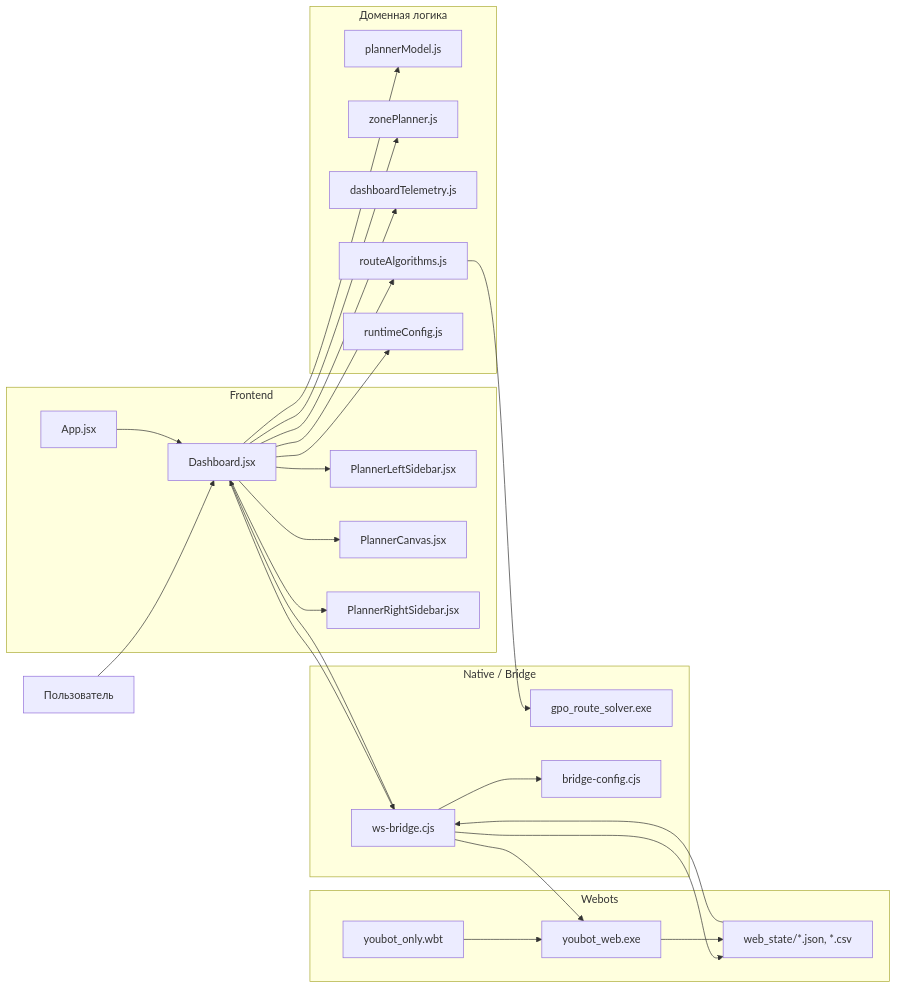
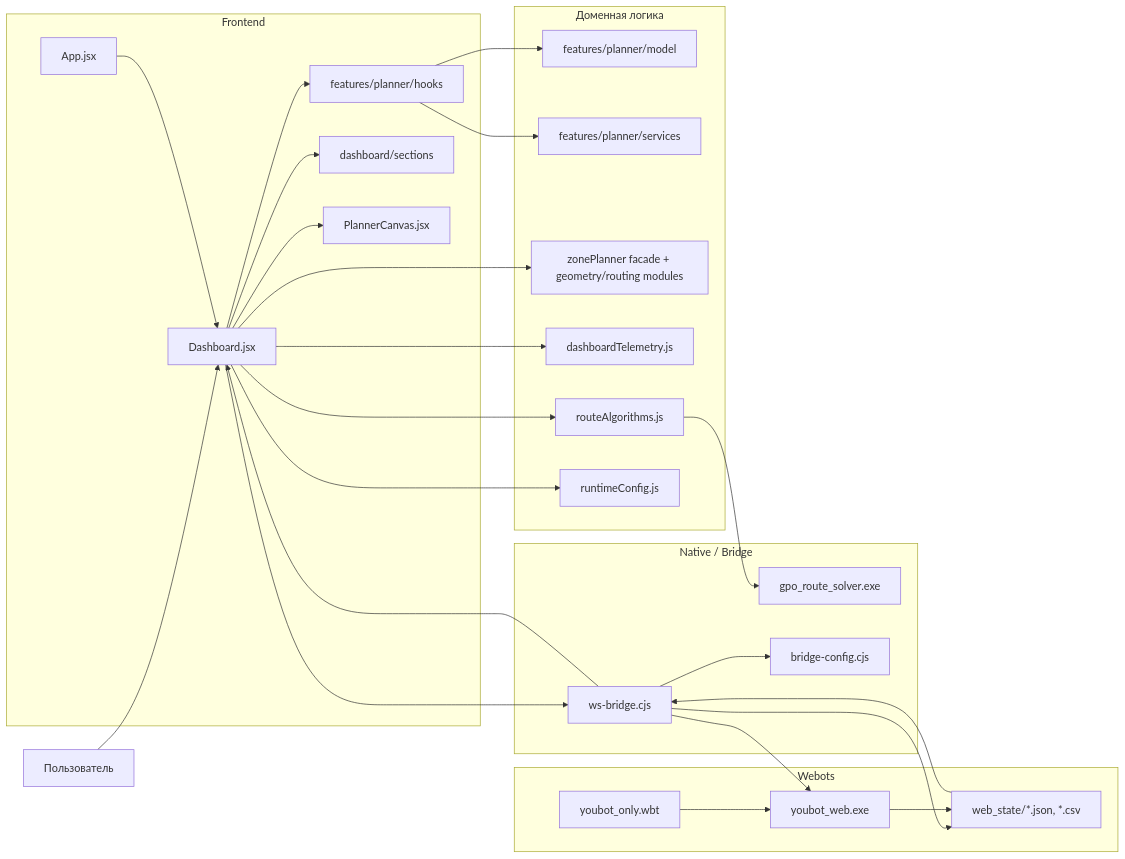
One commit to Vanchoys228/GPO_all changed the first of 2 diagrams in PROJECT_SCHEME.md. Above: the diagram before and after it, drawn with Mermaid. The commit also changed other lines of this file and 42 other files, not shown here.

````diff
--- a/PROJECT_SCHEME.md
+++ b/PROJECT_SCHEME.md
@@ -9,54 +9,56 @@
 ```mermaid
 flowchart LR
     user["Пользователь"]
 
     subgraph ui["Frontend"]
         app["App.jsx"]
         dash["Dashboard.jsx"]
-        left["PlannerLeftSidebar.jsx"]
+        hooks["features/planner/hooks"]
+        sections["dashboard/sections"]
         canvas["PlannerCanvas.jsx"]
-        right["PlannerRightSidebar.jsx"]
     end
 
     subgraph domain["Доменная логика"]
-        model["plannerModel.js"]
-        geo["zonePlanner.js"]
+        model["features/planner/model"]
+        services["features/planner/services"]
+        geo["zonePlanner facade + geometry/routing modules"]
         telemetry["dashboardTelemetry.js"]
         route["routeAlgorithms.js"]
         runtime["runtimeConfig.js"]
     end
 
     subgraph native["Native / Bridge"]
         solver["gpo_route_solver.exe"]
         bridge["ws-bridge.cjs"]
         config["bridge-config.cjs"]
     end
 
     subgraph sim["Webots"]
         world["youbot_only.wbt"]
         controller["youbot_web.exe"]
         state["web_state/*.json, *.csv"]
     end
 
     user --> dash
     app --> dash
-    dash --> left
+    dash --> hooks
+    dash --> sections
     dash --> canvas
-    dash --> right
 
-    dash --> model
+    hooks --> model
+    hooks --> services
     dash --> geo
     dash --> telemetry
     dash --> route
     dash --> runtime
 
     route --> solver
     dash --> bridge
     bridge --> config
     bridge --> state
     bridge --> controller
     controller --> state
     world --> controller
     state --> bridge
     bridge --> dash
 ```
````
